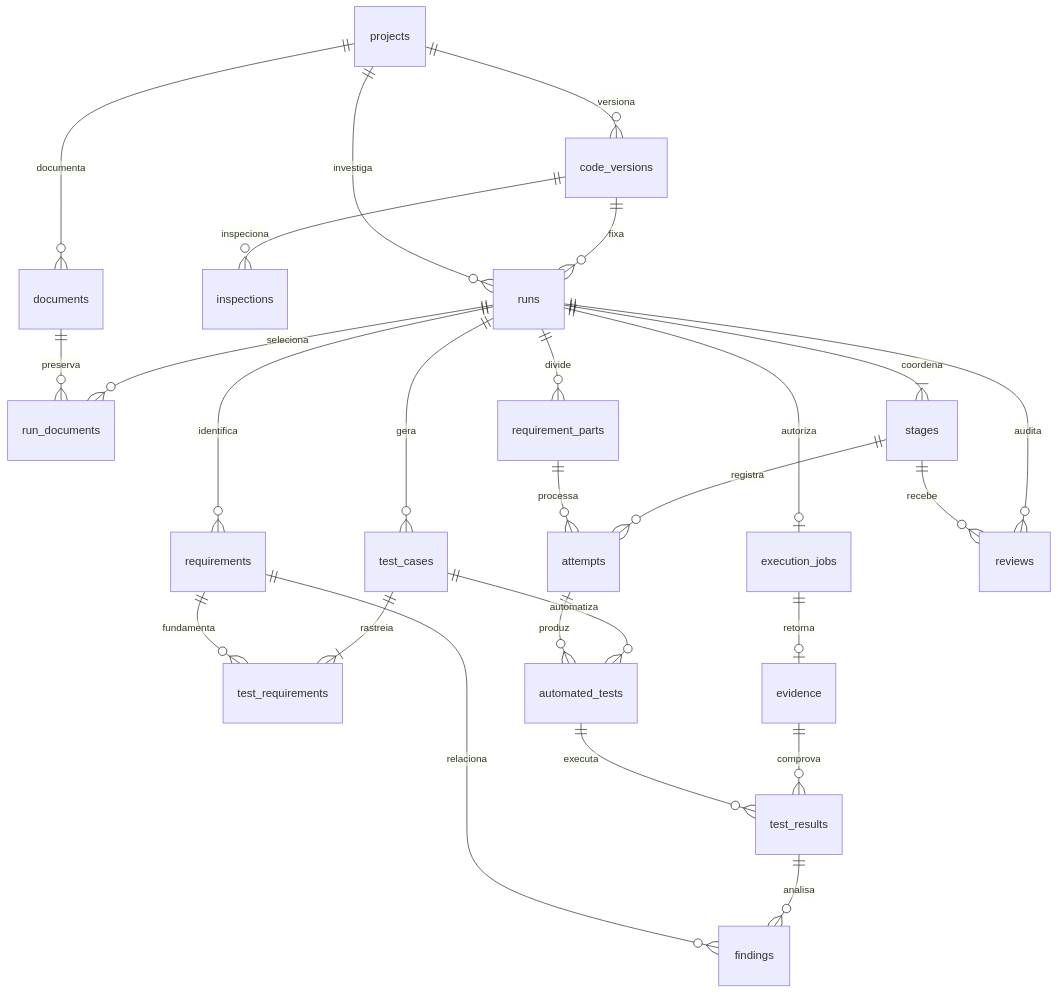
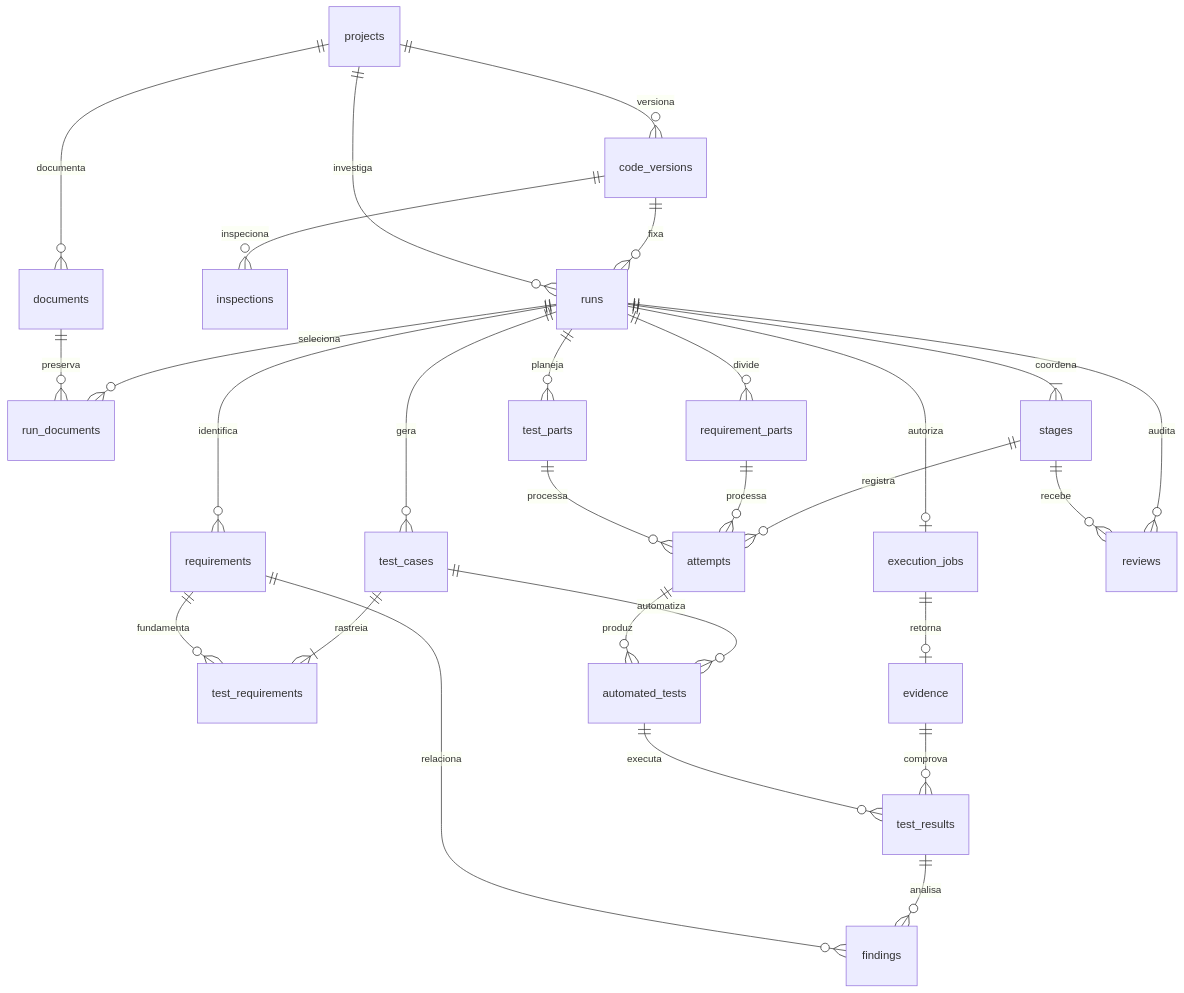
Before and after one commit to lucaasbonfim/tcc: the second of 3 diagrams in docs/ARQUITETURA_PESQUISA.md, drawn with Mermaid. The commit also changed other lines of this file and 7 other files, not shown here.

````diff
--- a/docs/ARQUITETURA_PESQUISA.md
+++ b/docs/ARQUITETURA_PESQUISA.md
@@ -57,28 +57,30 @@
 ```mermaid
 erDiagram
   projects ||--o{ code_versions : versiona
   projects ||--o{ documents : documenta
   code_versions ||--o{ inspections : inspeciona
   code_versions ||--o{ runs : fixa
   projects ||--o{ runs : investiga
   runs ||--o{ run_documents : seleciona
   documents ||--o{ run_documents : preserva
   runs ||--|{ stages : coordena
   stages ||--o{ attempts : registra
   runs ||--o{ requirement_parts : divide
   requirement_parts ||--o{ attempts : processa
   runs ||--o{ requirements : identifica
   runs ||--o{ test_cases : gera
+  runs ||--o{ test_parts : planeja
+  test_parts ||--o{ attempts : processa
   test_cases ||--|{ test_requirements : rastreia
   requirements ||--o{ test_requirements : fundamenta
   test_cases ||--o{ automated_tests : automatiza
   attempts ||--o{ automated_tests : produz
   runs ||--o| execution_jobs : autoriza
   execution_jobs ||--o| evidence : retorna
   evidence ||--o{ test_results : comprova
   automated_tests ||--o{ test_results : executa
   test_results ||--o{ findings : analisa
   requirements ||--o{ findings : relaciona
   runs ||--o{ reviews : audita
   stages ||--o{ reviews : recebe
 ```
````
